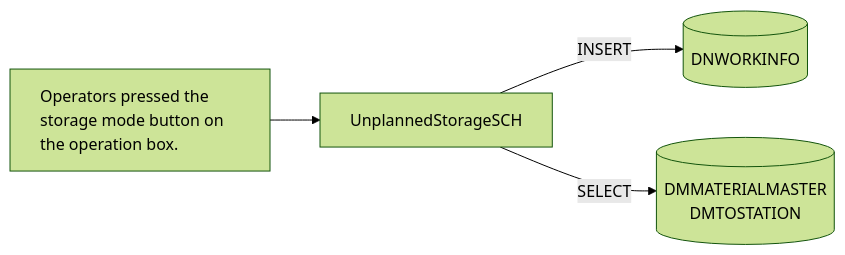
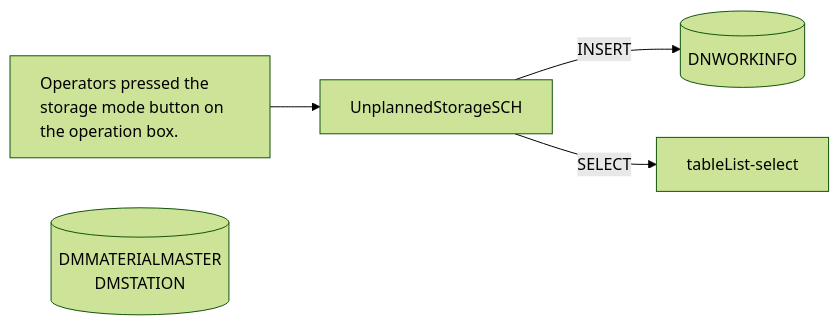
The first of 21 diagrams in Basic-Design/DFD-WMS/Storage/Unplanned-Storage/Unplanned-Storage-from-HP.md (luthfiadityaa/SimeDarby-Wiki), drawn with Mermaid (forest theme) before and after one commit.

Commit message:
Updated Unplanned Storage from HP

```diff
--- a/Basic-Design/DFD-WMS/Storage/Unplanned-Storage/Unplanned-Storage-from-HP.md
+++ b/Basic-Design/DFD-WMS/Storage/Unplanned-Storage/Unplanned-Storage-from-HP.md
@@ -51,24 +51,24 @@
 ::: mermaid
 flowchart LR
     input[
         Operators pressed the storage mode button on the operation box.      
     ]
 
     tableList-insert[("
         DNWORKINFO
     ")]
 
-    tableList-select[("
+    tableList-update[("
         DMMATERIALMASTER
-        DMTOSTATION
+        DMSTATION
     ")]
 
 
     className[UnplannedStorageSCH]
 
     input --> className --> |INSERT| tableList-insert
     className --> |SELECT| tableList-select
 
     classDef leftAlign text-align:left;
     class input leftAlign;
 :::
```
